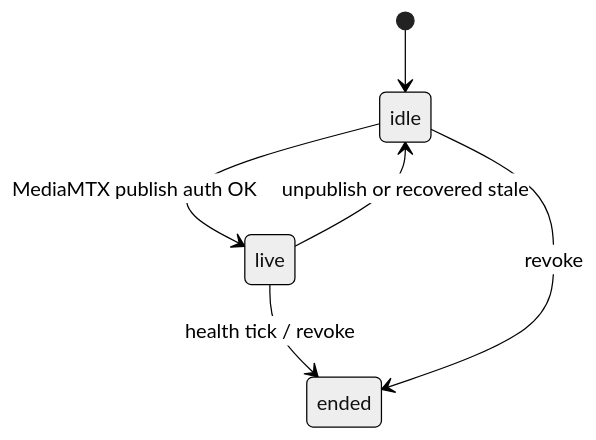
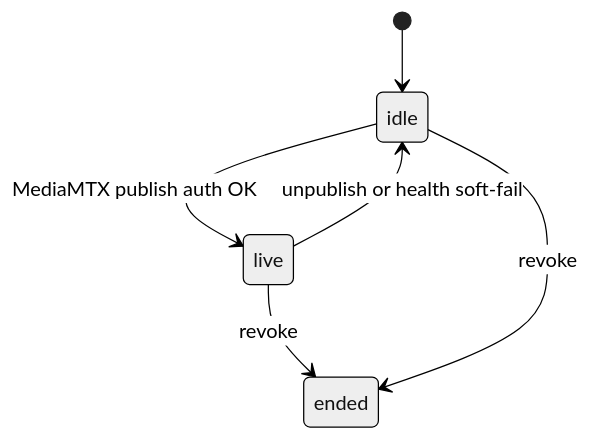
The third of 3 diagrams in docs/SCHEMA.md (berki6/onStream), drawn with Mermaid (neutral theme) before and after one commit. The commit also changed other lines of this file and 11 other files, not shown here.

First line of the commit message:
feat: emit live lifecycle webhooks on create, publish, idle, and revoke

````diff
--- a/docs/SCHEMA.md
+++ b/docs/SCHEMA.md
@@ -73,8 +73,8 @@
 ```mermaid
 stateDiagram-v2
   [*] --> idle
   idle --> live: MediaMTX publish auth OK
-  live --> idle: unpublish or recovered stale
-  live --> ended: health tick / revoke
+  live --> idle: unpublish or health soft-fail
+  live --> ended: revoke
   idle --> ended: revoke
 ```
````
